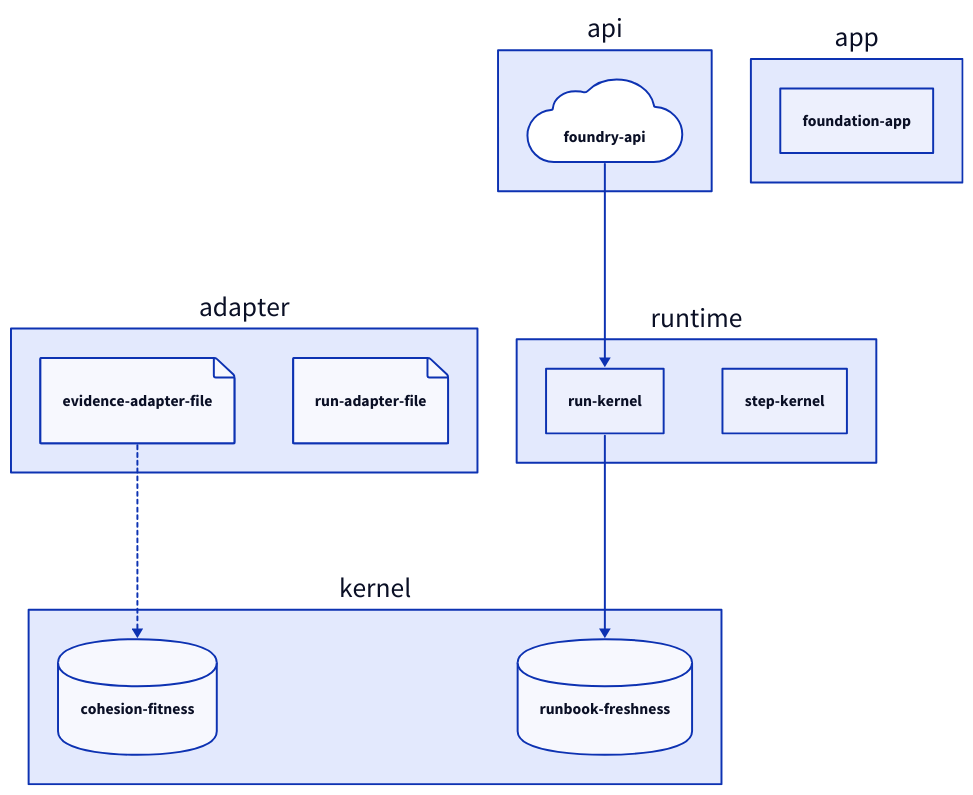
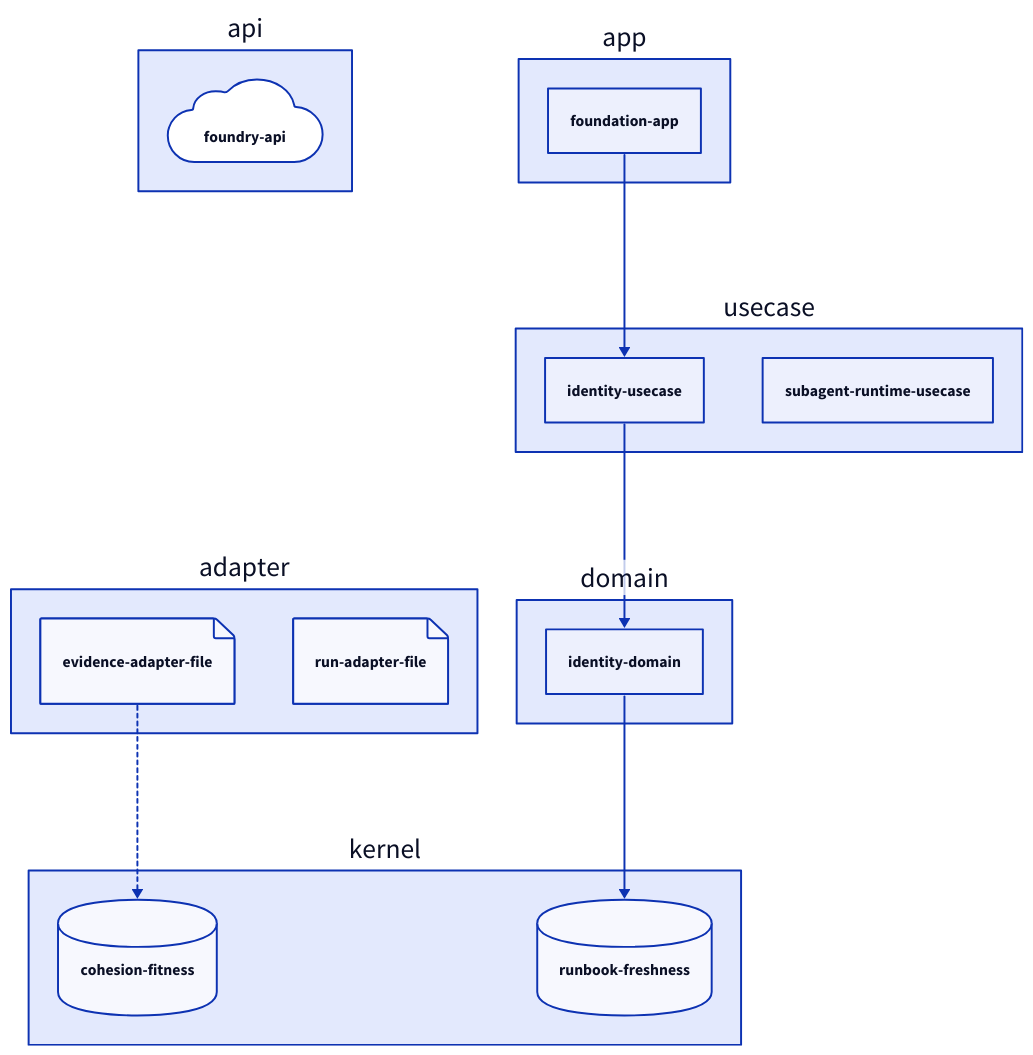
The diagram in docs/automation/service-map-spec.md (oyatie/oyatie), drawn with D2 before and after one commit. The commit also changed other lines of this file and 70 other files, not shown here.

````diff
--- a/docs/automation/service-map-spec.md
+++ b/docs/automation/service-map-spec.md
@@ -57,24 +59,28 @@
 ```d2
 direction: down
 kernel: {
   cohesion-fitness: {shape: cylinder}
   runbook-freshness: {shape: cylinder}
 }
-runtime: {
-  run-kernel: {shape: rectangle}
-  step-kernel: {shape: rectangle}
+domain: {
+  identity-domain: {shape: rectangle}
+}
+usecase: {
+  identity-usecase: {shape: rectangle}
+  subagent-runtime-usecase: {shape: rectangle}
 }
 adapter: {
   evidence-adapter-file: {shape: page}
   run-adapter-file: {shape: page}
 }
 api: {
   foundry-api: {shape: cloud}
 }
 app: {
   foundation-app: {shape: rectangle; style.bold: true}
 }
-api.foundry-api -> runtime.run-kernel
-runtime.run-kernel -> kernel.runbook-freshness
+app.foundation-app -> usecase.identity-usecase
+usecase.identity-usecase -> domain.identity-domain
+domain.identity-domain -> kernel.runbook-freshness
 adapter.evidence-adapter-file -> kernel.cohesion-fitness: {style.stroke-dash: 2}
 ```
````
